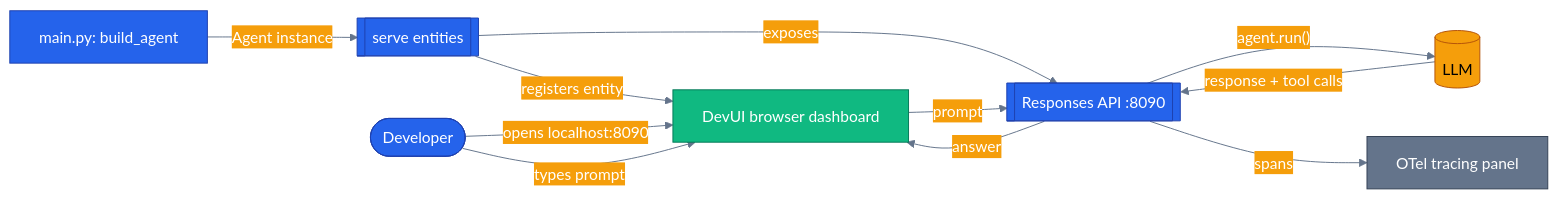
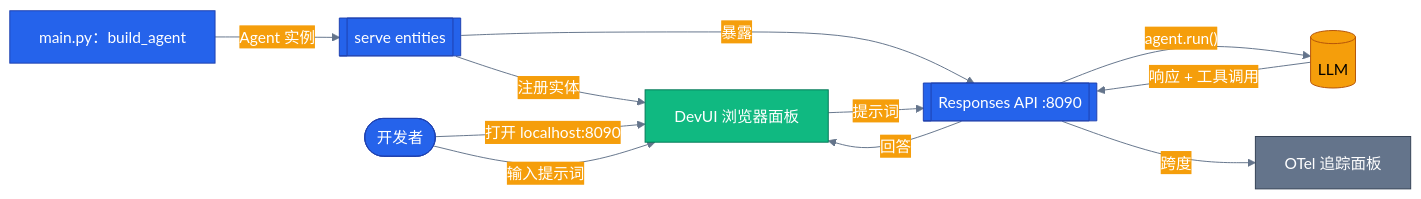
One commit to s1encisi/reliable-commerce-agents changed the diagram in tutorials/20b-devui/README.md. Above: the diagram before and after it, drawn with Mermaid. The commit also changed other lines of this file and 1033 other files, not shown here.

````diff
--- a/tutorials/20b-devui/README.md
+++ b/tutorials/20b-devui/README.md
@@ -27,38 +27,38 @@
 ```mermaid
 %%{init: {'theme':'base', 'themeVariables': {
   'primaryColor': '#2563eb','primaryTextColor': '#ffffff','primaryBorderColor': '#1e40af',
   'lineColor': '#64748b','secondaryColor': '#f59e0b','tertiaryColor': '#10b981',
   'background': 'transparent'}}}%%
 flowchart LR
   classDef core     fill:#2563eb,stroke:#1e40af,color:#ffffff
   classDef external fill:#f59e0b,stroke:#b45309,color:#000000
   classDef success  fill:#10b981,stroke:#047857,color:#ffffff
   classDef infra    fill:#64748b,stroke:#334155,color:#ffffff
 
-  dev([Developer])
-  main[main.py: build_agent]
+  dev([开发者])
+  main[main.py：build_agent]
   serve[[serve entities]]
-  ui[DevUI browser dashboard]
+  ui[DevUI 浏览器面板]
   api[[Responses API :8090]]
   llm[(LLM)]
-  otel[OTel tracing panel]
+  otel[OTel 追踪面板]
 
-  main -- "Agent instance" --> serve
-  serve -- "registers entity" --> ui
-  serve -- "exposes" --> api
-  dev -- "opens localhost:8090" --> ui
-  dev -- "types prompt" --> ui
-  ui -- "prompt" --> api
+  main -- "Agent 实例" --> serve
+  serve -- "注册实体" --> ui
+  serve -- "暴露" --> api
+  dev -- "打开 localhost:8090" --> ui
+  dev -- "输入提示词" --> ui
+  ui -- "提示词" --> api
   api -- "agent.run()" --> llm
-  llm -- "response + tool calls" --> api
-  api -- "spans" --> otel
-  api -- "answer" --> ui
+  llm -- "响应 + 工具调用" --> api
+  api -- "跨度" --> otel
+  api -- "回答" --> ui
 
   class dev core
   class main core
   class serve core
   class ui success
   class api core
   class llm external
   class otel infra
 ```
````
